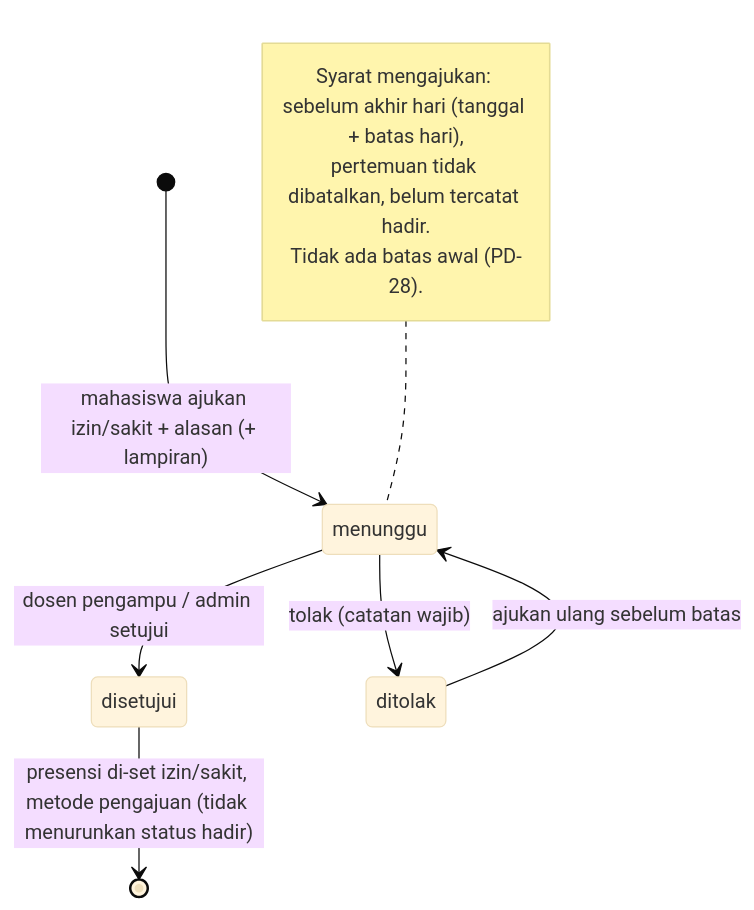
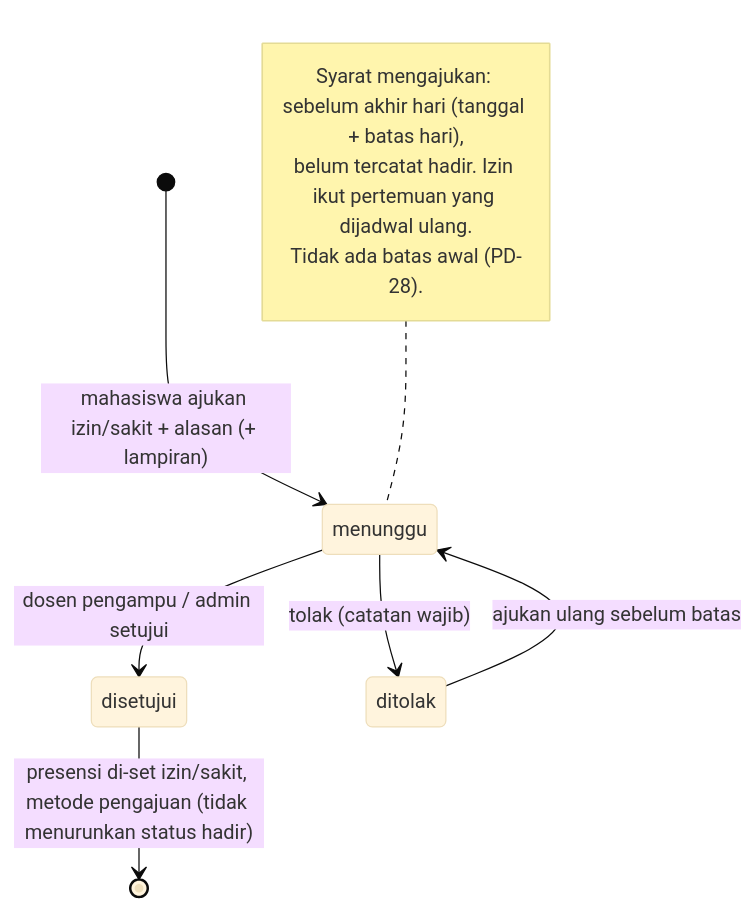
Diagram 11 of 27 in docs/system-flowchart.md (Velocity-Developer/sia-vd), drawn with Mermaid (base theme) before and after one commit. The commit also changed other lines of this file and 2 other files, not shown here.

Commit message:
docs: pertemuan dijadwal ulang per pertemuan, PD-7 selesai

````diff
--- a/docs/system-flowchart.md
+++ b/docs/system-flowchart.md
@@ -339,13 +340,13 @@
 ```mermaid
 stateDiagram-v2
     [*] --> menunggu: mahasiswa ajukan izin/sakit + alasan (+ lampiran)
     menunggu --> disetujui: dosen pengampu / admin setujui
     menunggu --> ditolak: tolak (catatan wajib)
     ditolak --> menunggu: ajukan ulang sebelum batas
     disetujui --> [*]: presensi di-set izin/sakit, metode pengajuan (tidak menurunkan status hadir)
     note left of menunggu
         Syarat mengajukan: sebelum akhir hari (tanggal + batas hari),
-        pertemuan tidak dibatalkan, belum tercatat hadir.
+        belum tercatat hadir. Izin ikut pertemuan yang dijadwal ulang.
         Tidak ada batas awal (PD-28).
     end note
 ```
````
